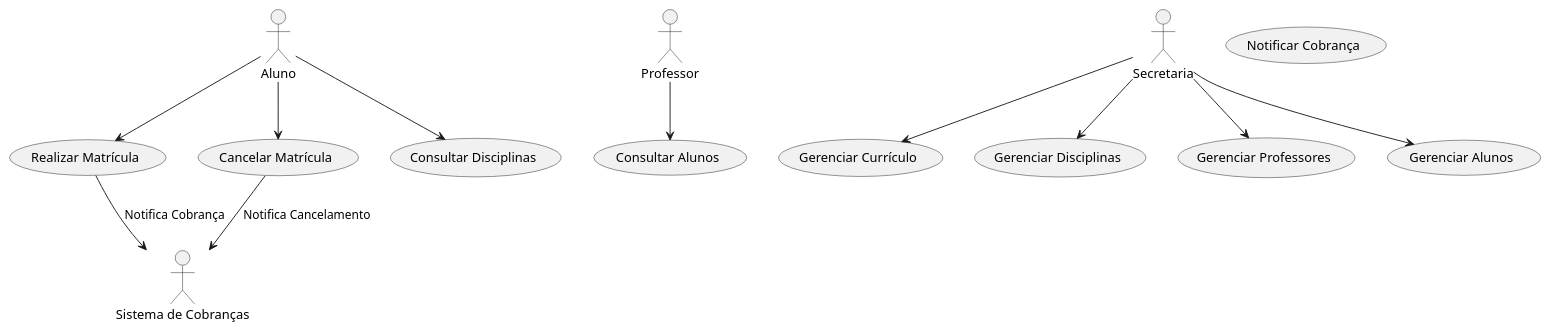
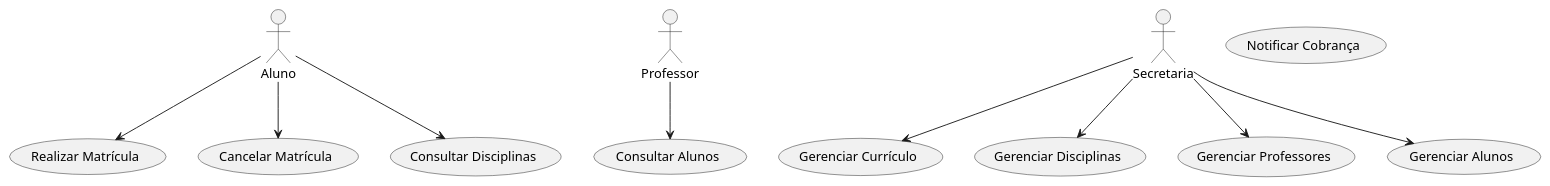
One commit to JoaoRajao/Matricula-LPS changed the diagram in implementacao/usercaseBp.puml. Above: the diagram before and after it, drawn with PlantUML.

Commit message:
update usercaseBP

```diff
--- a/implementacao/usercaseBp.puml
+++ b/implementacao/usercaseBp.puml
@@ -1,31 +1,30 @@
 
 
 actor "Aluno" as aluno
 actor "Professor" as professor
 actor "Secretaria" as secretaria
-actor "Sistema de Cobranças" as cobranca
+
 
 
     usecase "Realizar Matrícula" as UC1
     usecase "Cancelar Matrícula" as UC2
     usecase "Consultar Disciplinas" as UC3
     usecase "Consultar Alunos" as UC4
     usecase "Gerenciar Currículo" as UC5
     usecase "Gerenciar Disciplinas" as UC6
     usecase "Gerenciar Professores" as UC7
     usecase "Gerenciar Alunos" as UC8
     usecase "Notificar Cobrança" as UC9
 
 
 aluno --> UC1
 aluno --> UC2
 aluno --> UC3
 professor --> UC4
 secretaria --> UC5
 secretaria --> UC6
 secretaria --> UC7
 secretaria --> UC8
-UC1 --> cobranca : "Notifica Cobrança"
-UC2 --> cobranca : "Notifica Cancelamento"
+
 
 @enduml
```
